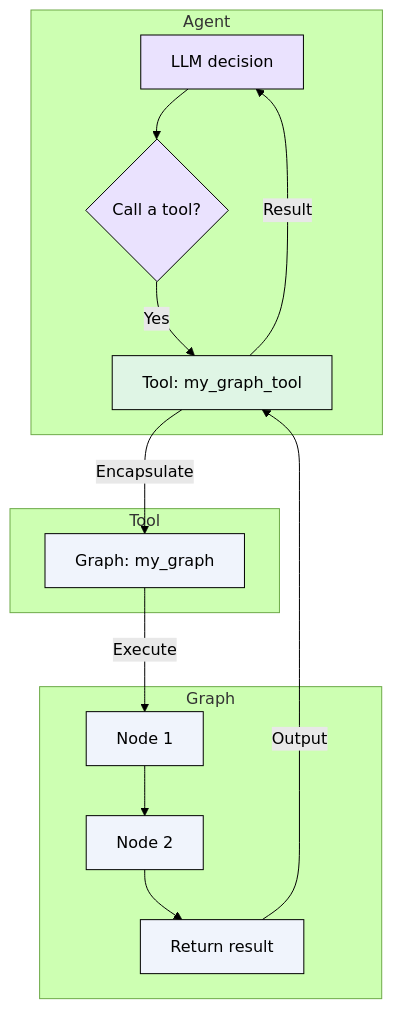
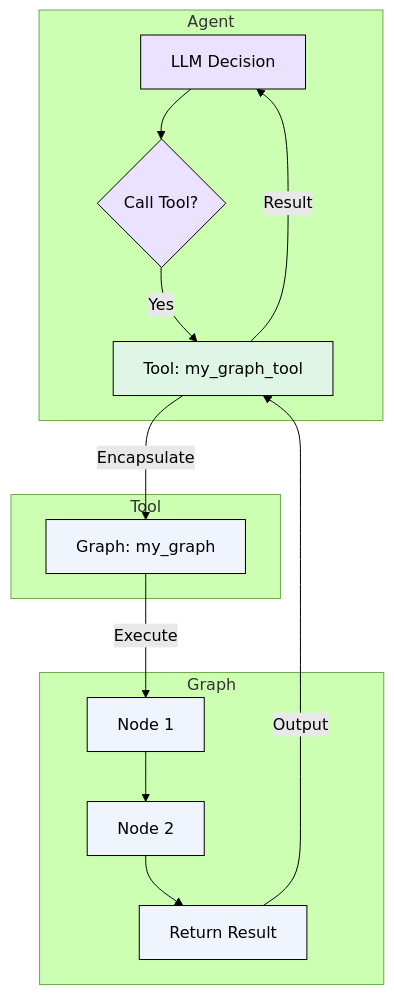
Before and after one commit to cloudwego/cloudwego.github.io: the tenth of 10 diagrams in content/en/docs/eino/overview/graph_or_agent.md, drawn with Mermaid (forest theme). The commit also changed other lines of this file and 141 other files, not shown here.

````diff
--- a/content/en/docs/eino/overview/graph_or_agent.md
+++ b/content/en/docs/eino/overview/graph_or_agent.md
@@ -246,27 +266,27 @@
 ```mermaid
 flowchart TD
     subgraph Agent ["Agent"]
-        A["LLM decision"] --> B{"Call a tool?"}
+        A["LLM Decision"] --> B{"Call Tool?"}
         B -- "Yes" --> C["Tool: my_graph_tool"]
     end
 
     subgraph Tool ["Tool"]
         C -- "Encapsulate" --> D["Graph: my_graph"]
     end
 
     subgraph Graph ["Graph"]
         D -- "Execute" --> E["Node 1"]
         E --> F["Node 2"]
-        F --> G["Return result"]
+        F --> G["Return Result"]
     end
 
     G -- "Output" --> C
     C -- "Result" --> A
 
     classDef agent fill:#EAE2FE,stroke:#000000
     classDef tool fill:#DFF5E5,stroke:#000000
     classDef graphGroup fill:#F0F4FC,stroke:#000000
     class A,B agent
     class C tool
     class D,E,F,G graphGroup
 ```
````
